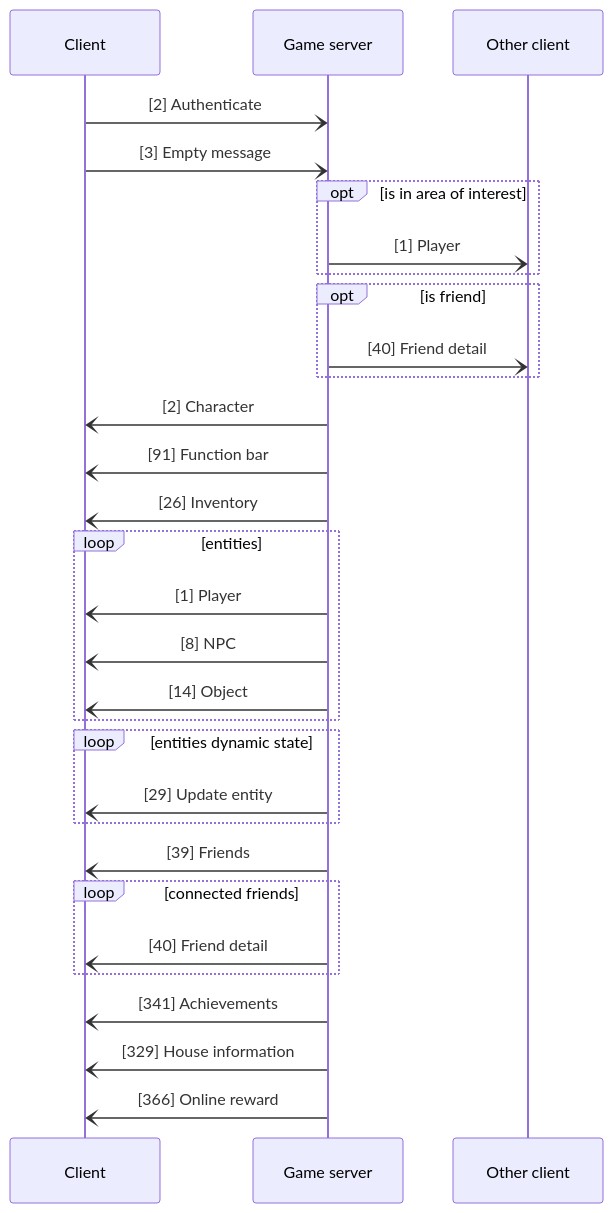
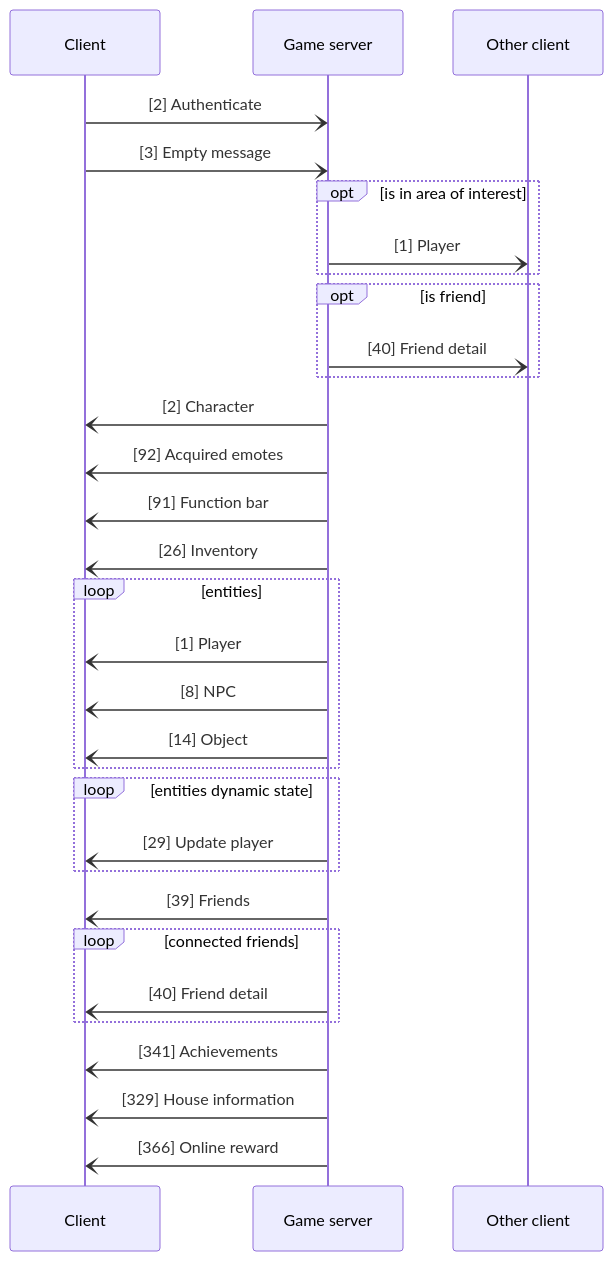
Before and after one commit to fygonzalo/banana: the seventh of 15 diagrams in README.md, drawn with Mermaid. The commit also changed other lines of this file, not shown here.

````diff
--- a/README.md
+++ b/README.md
@@ -178,32 +180,33 @@
 ```mermaid
 sequenceDiagram
     participant Client
     participant Game server
     participant Other client
     Client-)Game server: [2] Authenticate
     Client-)Game server: [3] Empty message
     opt is in area of interest
     Game server-)Other client: [1] Player
     end
     opt is friend
     Game server-)Other client: [40] Friend detail
     end
     Game server-)Client: [2] Character
+    Game server-)Client: [92] Acquired emotes
     Game server-)Client: [91] Function bar
     Game server-)Client: [26] Inventory
     loop entities
     Game server-)Client: [1] Player
     Game server-)Client: [8] NPC
     Game server-)Client: [14] Object
     end
     loop entities dynamic state
-    Game server-)Client: [29] Update entity
+    Game server-)Client: [29] Update player
     end
     Game server-)Client: [39] Friends
     loop connected friends
     Game server-)Client: [40] Friend detail
     end
     Game server-)Client: [341] Achievements
     Game server-)Client: [329] House information
     Game server-)Client: [366] Online reward
 ```
````
